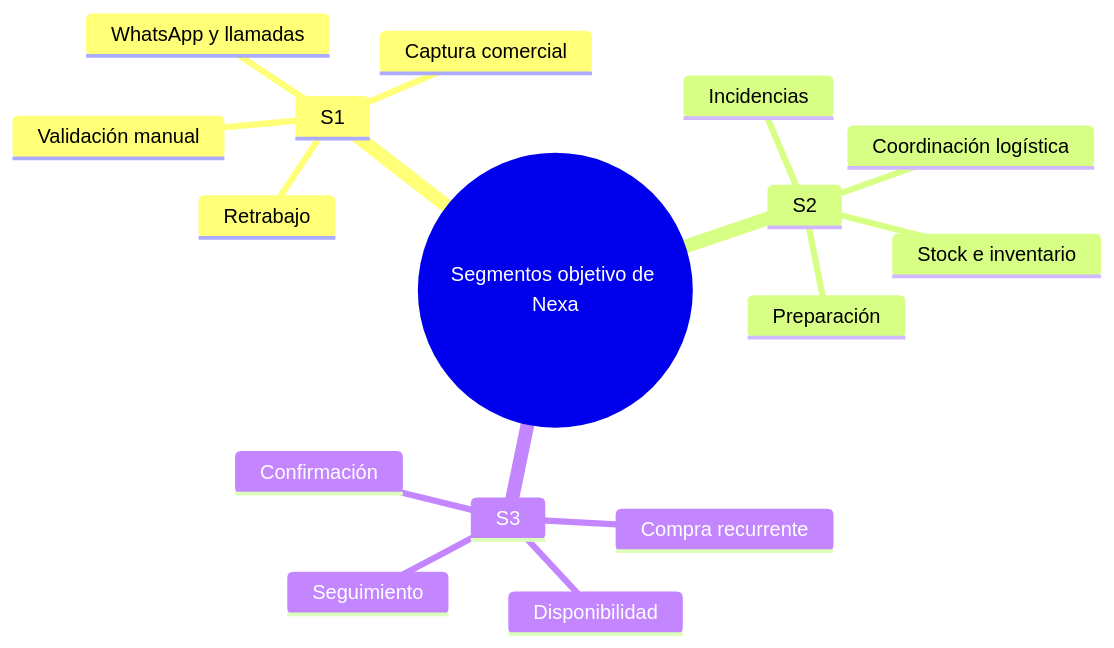
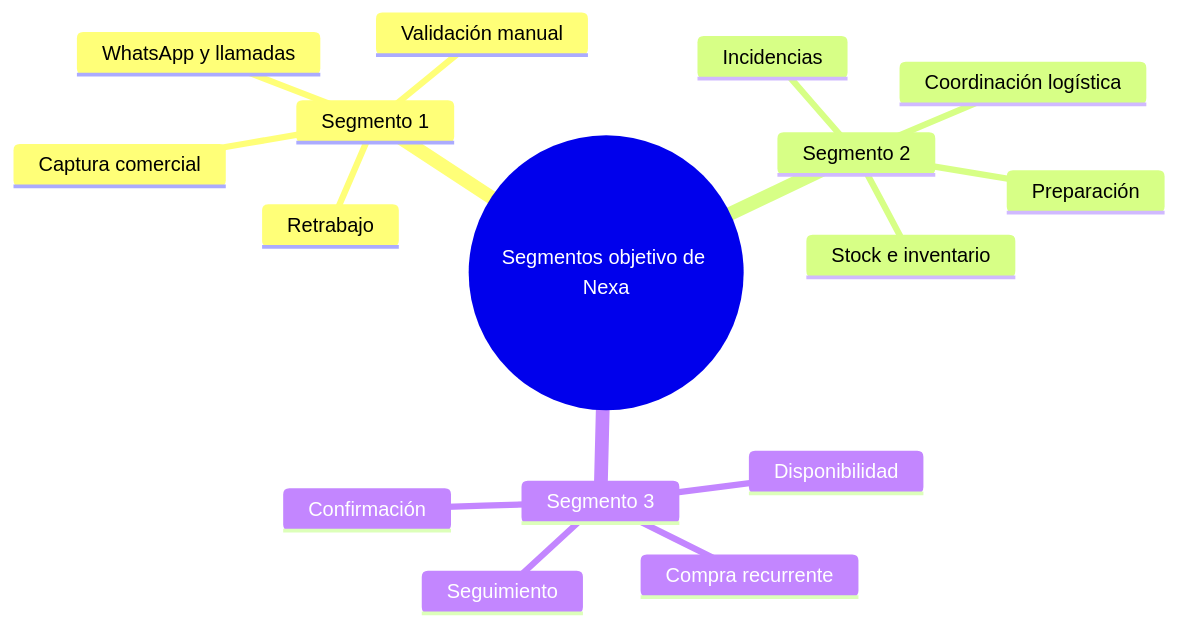
Before and after one commit to upc-pre-202610-1asi0730-12242-king/nexa-ecosystem-report: the second of 3 diagrams in report/10-chapter-1-introduction/1-3-target-segments.md, drawn with Mermaid. The commit also changed other lines of this file and 7 other files, not shown here.

````diff
--- a/report/10-chapter-1-introduction/1-3-target-segments.md
+++ b/report/10-chapter-1-introduction/1-3-target-segments.md
@@ -49,19 +66,19 @@
 ```mermaid
 mindmap
   root((Segmentos objetivo de Nexa))
-    S1
+    Segmento 1
       Captura comercial
       WhatsApp y llamadas
       Validación manual
       Retrabajo
-    S2
+    Segmento 2
       Coordinación logística
       Stock e inventario
       Preparación
       Incidencias
-    S3
+    Segmento 3
       Compra recurrente
       Disponibilidad
       Confirmación
       Seguimiento
 ```
````
